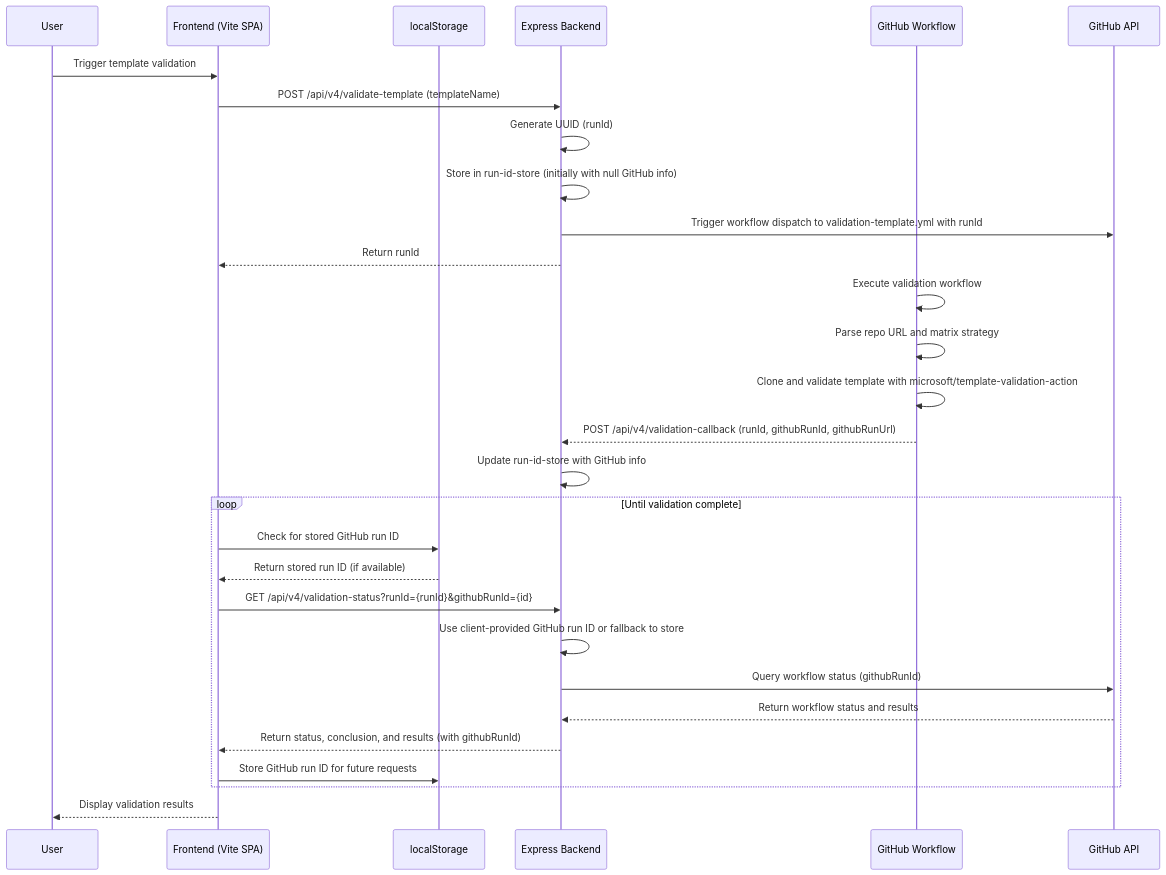
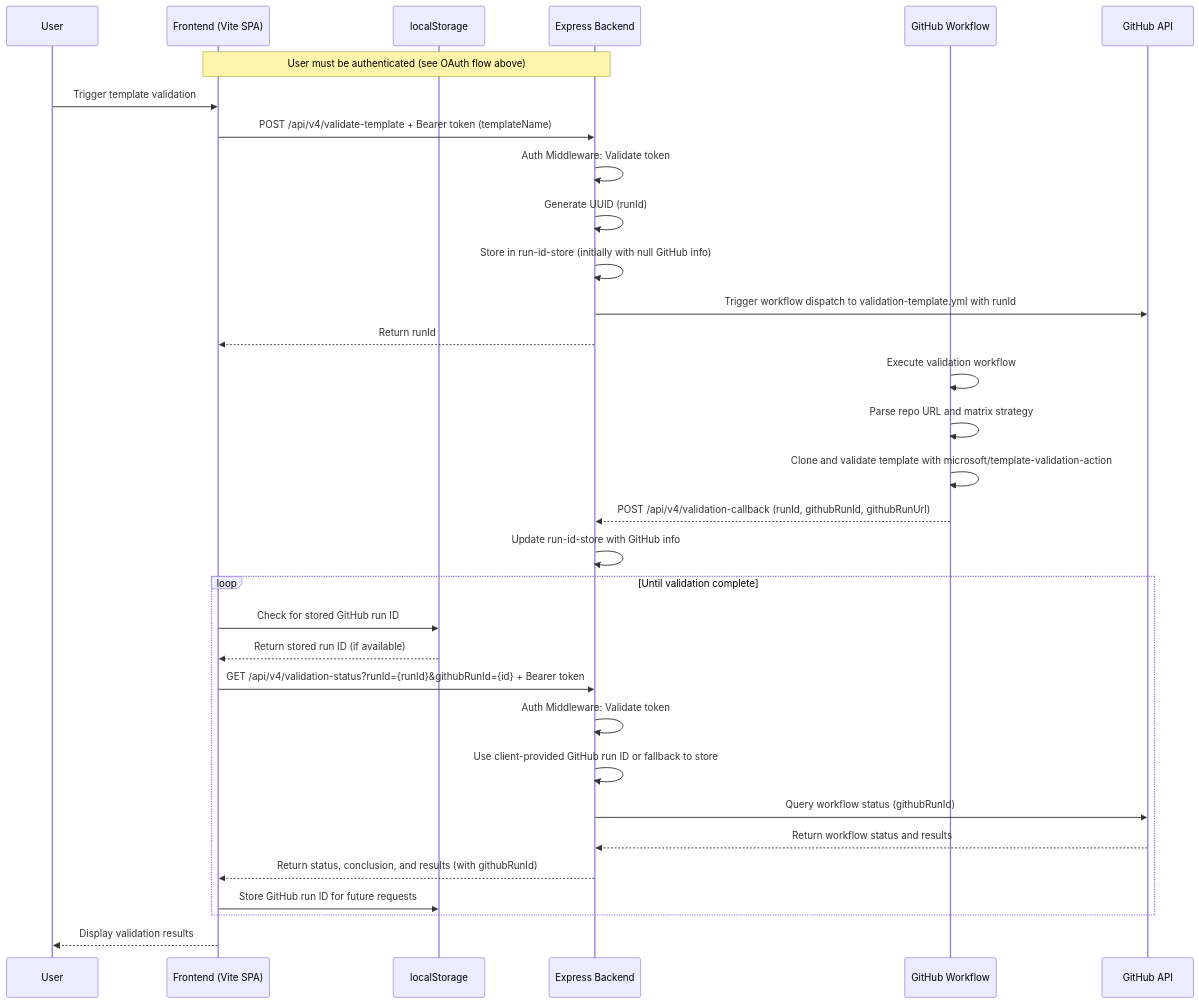
The second of 5 diagrams in docs/development/architecture.md (Template-Doctor/template-doctor), drawn with Mermaid before and after one commit. The commit also changed other lines of this file and 5 other files, not shown here.

````diff
--- a/docs/development/architecture.md
+++ b/docs/development/architecture.md
@@ -18,35 +100,39 @@
 ```mermaid
 sequenceDiagram
     participant U as User
     participant FE as Frontend (Vite SPA)
     participant LS as localStorage
     participant EX as Express Backend
     participant GH as GitHub Workflow
     participant GHA as GitHub API
 
+    Note over FE,EX: User must be authenticated (see OAuth flow above)
+
     U->>FE: Trigger template validation
-    FE->>EX: POST /api/v4/validate-template (templateName)
+    FE->>EX: POST /api/v4/validate-template + Bearer token (templateName)
+    EX->>EX: Auth Middleware: Validate token
     EX->>EX: Generate UUID (runId)
     EX->>EX: Store in run-id-store (initially with null GitHub info)
     EX->>GHA: Trigger workflow dispatch to validation-template.yml with runId
     EX-->>FE: Return runId
 
     GH->>GH: Execute validation workflow
     GH->>GH: Parse repo URL and matrix strategy
     GH->>GH: Clone and validate template with microsoft/template-validation-action
     GH-->>EX: POST /api/v4/validation-callback (runId, githubRunId, githubRunUrl)
     EX->>EX: Update run-id-store with GitHub info
 
     loop Until validation complete
         FE->>LS: Check for stored GitHub run ID
         LS-->>FE: Return stored run ID (if available)
-        FE->>EX: GET /api/v4/validation-status?runId={runId}&githubRunId={id}
+        FE->>EX: GET /api/v4/validation-status?runId={runId}&githubRunId={id} + Bearer token
+        EX->>EX: Auth Middleware: Validate token
         EX->>EX: Use client-provided GitHub run ID or fallback to store
         EX->>GHA: Query workflow status (githubRunId)
         GHA-->>EX: Return workflow status and results
         EX-->>FE: Return status, conclusion, and results (with githubRunId)
         FE->>LS: Store GitHub run ID for future requests
     end
 
     FE-->>U: Display validation results
 ```
````
